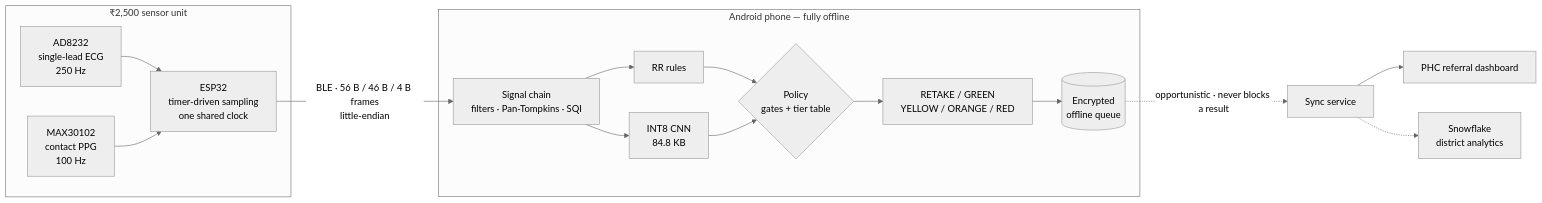
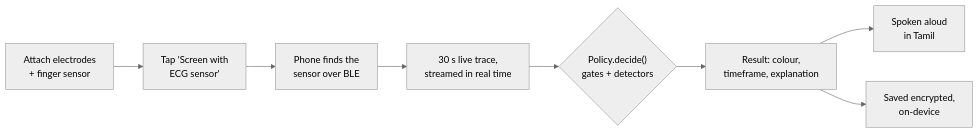
Before and after one commit to anubhavsinha201/CONGNIVISTA: the first of 4 diagrams in README.md, drawn with Mermaid (neutral theme). The commit also changed other lines of this file and 2 other files, not shown here.

````diff
--- a/README.md
+++ b/README.md
@@ -60,29 +64,10 @@
 ```mermaid
 flowchart LR
-    subgraph DEV ["₹2,500 sensor unit"]
-        A["AD8232<br/>single-lead ECG<br/>250 Hz"]
-        B["MAX30102<br/>contact PPG<br/>100 Hz"]
-        C["ESP32<br/>timer-driven sampling<br/>one shared clock"]
-        A --> C
-        B --> C
-    end
-
-    C -->|"BLE · 56 B / 46 B / 4 B frames<br/>little-endian"| D
-
-    subgraph PHONE ["Android phone — fully offline"]
-        D["Signal chain<br/>filters · Pan-Tompkins · SQI"]
-        E["RR rules"]
-        F["INT8 CNN<br/>84.8 KB"]
-        G{"Policy<br/>gates + tier table"}
-        D --> E
-        D --> F
-        E --> G
-        F --> G
-        G --> H["RETAKE / GREEN<br/>YELLOW / ORANGE / RED"]
-        H --> I[("Encrypted<br/>offline queue")]
-    end
-
-    I -.->|"opportunistic · never blocks a result"| J["Sync service"]
-    J --> K["PHC referral dashboard"]
-    J -.-> L["Snowflake<br/>district analytics"]
+    A["Attach electrodes<br/>+ finger sensor"] --> B["Tap 'Screen with<br/>ECG sensor'"]
+    B --> C["Phone finds the<br/>sensor over BLE"]
+    C --> D["30 s live trace,<br/>streamed in real time"]
+    D --> E{"Policy.decide()<br/>gates + detectors"}
+    E --> F["Result: colour,<br/>timeframe, explanation"]
+    F --> G["Spoken aloud<br/>in Tamil"]
+    F --> H["Saved encrypted,<br/>on-device"]
 ```
````
